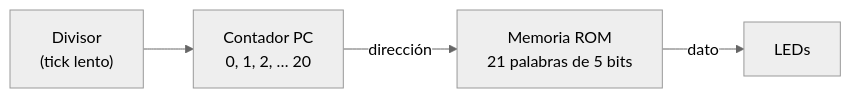
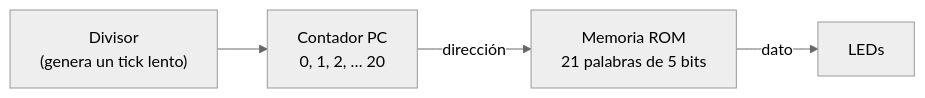
One commit to afgalindor1/Laboratorio_Digital_2026_2_G9_G10 changed the first of 7 diagrams in Labs/lab-femtorv/lab-femtorv/Fundamentos/01_RISC-V_y_FemtoRV.md. Above: the diagram before and after it, drawn with Mermaid (neutral theme). The commit also changed other lines of this file and 7 other files, not shown here.

````diff
--- a/Labs/lab-femtorv/lab-femtorv/Fundamentos/01_RISC-V_y_FemtoRV.md
+++ b/Labs/lab-femtorv/lab-femtorv/Fundamentos/01_RISC-V_y_FemtoRV.md
@@ -28,6 +27,6 @@
 ```mermaid
 flowchart LR
-    DIV["Divisor<br/>(tick lento)"] --> PC["Contador PC<br/>0, 1, 2, … 20"]
+    DIV["Divisor<br/>(genera un tick lento)"] --> PC["Contador PC<br/>0, 1, 2, … 20"]
     PC -- "dirección" --> ROM["Memoria ROM<br/>21 palabras de 5 bits"]
     ROM -- "dato" --> LEDS["LEDs"]
 ```
````
